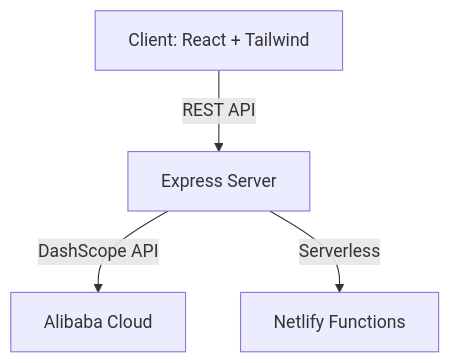
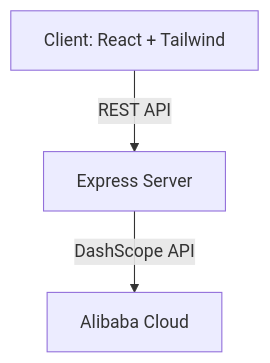
The diagram in README.md (Manavarya09/Synthia-Studio), drawn with Mermaid before and after one commit. The commit also changed other lines of this file, not shown here.

````diff
--- a/README.md
+++ b/README.md
@@ -108,6 +97,5 @@
 ```mermaid
 graph TD
     A[Client: React + Tailwind] -->|REST API| B[Express Server]
     B -->|DashScope API| C[Alibaba Cloud]
-    B -->|Serverless| D[Netlify Functions]
 ```
````
